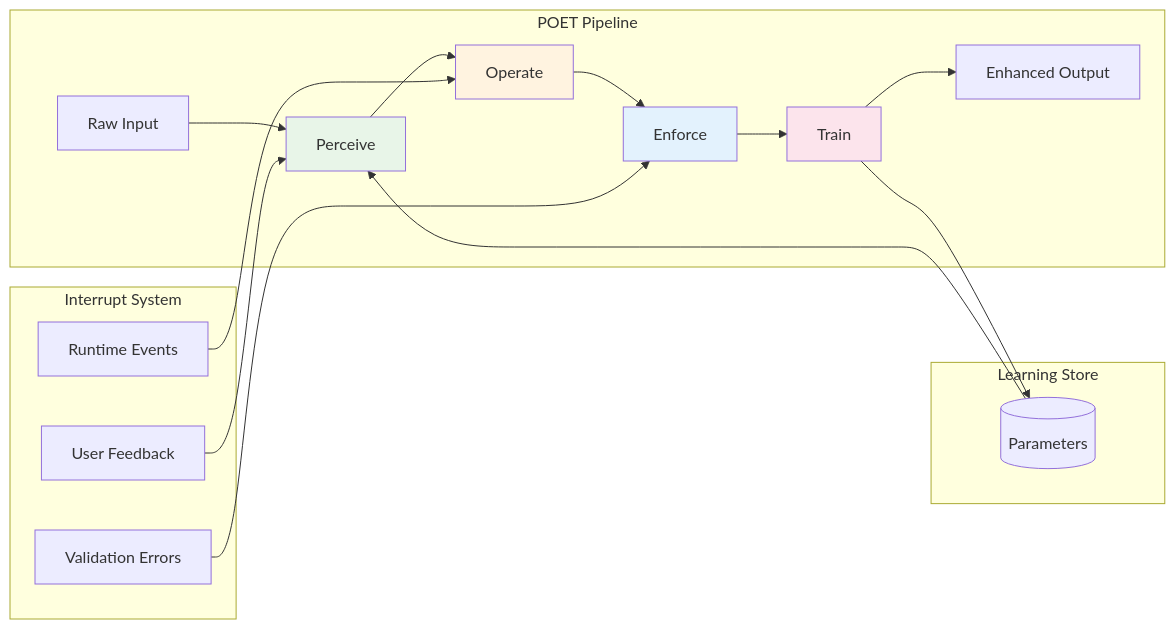
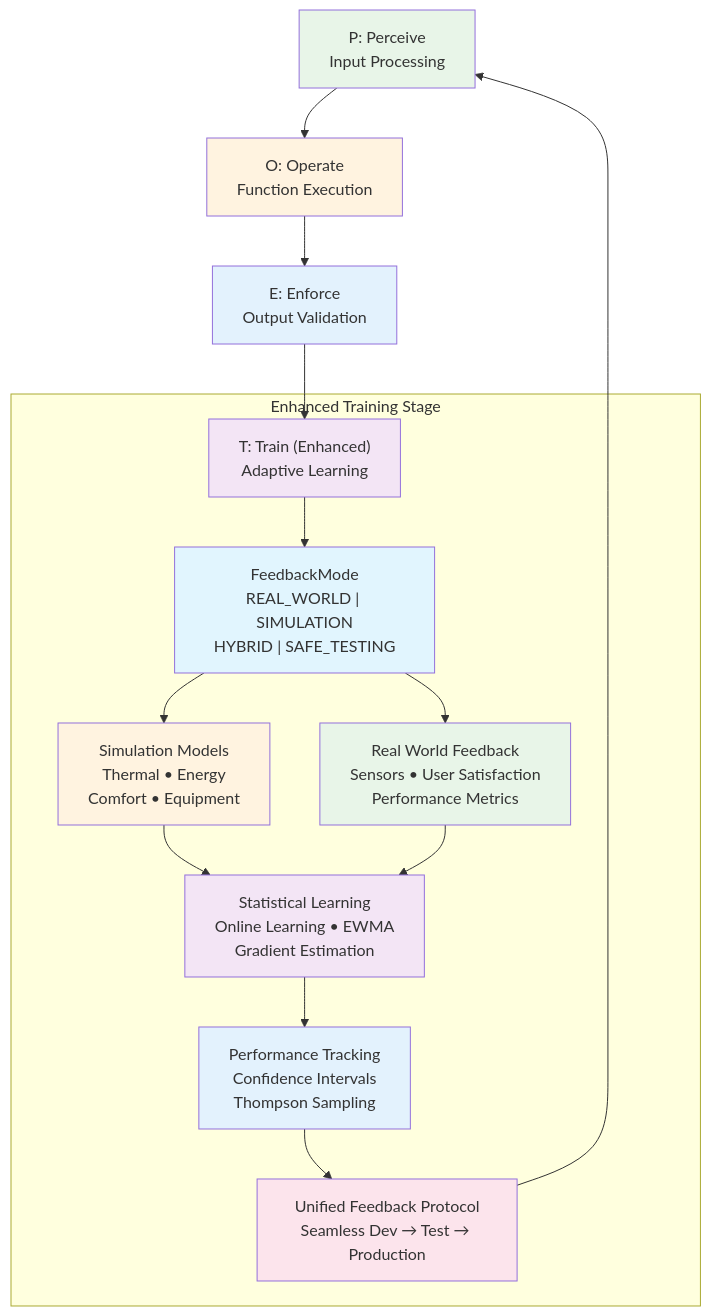
Before and after one commit to aitomatic/dana: the diagram in docs/.implementation/poet/00_poet_master_design.md, drawn with Mermaid. The commit also changed other lines of this file and 92 other files, not shown here.

````diff
--- a/docs/.implementation/poet/00_poet_master_design.md
+++ b/docs/.implementation/poet/00_poet_master_design.md
@@ -116,26 +130,29 @@
 ```mermaid
-graph LR
-    subgraph "POET Pipeline"
-        A[Raw Input] --> P[Perceive]
-        P --> O[Operate] 
-        O --> E[Enforce]
-        E --> T[Train]
-        T --> B[Enhanced Output]
+graph TD
+    A["P: Perceive<br/>Input Processing"] --> B["O: Operate<br/>Function Execution"]
+    B --> C["E: Enforce<br/>Output Validation"] 
+    C --> D["T: Train (Enhanced)<br/>Adaptive Learning"]
+    
+    subgraph "Enhanced Training Stage"
+        D --> E["FeedbackMode<br/>REAL_WORLD | SIMULATION<br/>HYBRID | SAFE_TESTING"]
+        E --> F["Simulation Models<br/>Thermal • Energy<br/>Comfort • Equipment"]
+        E --> G["Real World Feedback<br/>Sensors • User Satisfaction<br/>Performance Metrics"]
+        F --> H["Statistical Learning<br/>Online Learning • EWMA<br/>Gradient Estimation"]
+        G --> H
+        H --> I["Performance Tracking<br/>Confidence Intervals<br/>Thompson Sampling"]
+        I --> J["Unified Feedback Protocol<br/>Seamless Dev → Test → Production"]
     end
     
-    subgraph "Interrupt System"
-        I1[User Feedback] --> P
-        I2[Runtime Events] --> O
-        I3[Validation Errors] --> E
-    end
+    J --> A
     
-    subgraph "Learning Store"
-        T --> LS[(Parameters)]
-        LS --> P
-    end
-    
-    style P fill:#e8f5e8
-    style O fill:#fff3e0  
-    style E fill:#e3f2fd
-    style T fill:#fce4ec
+    style A fill:#e8f5e8
+    style B fill:#fff3e0  
+    style C fill:#e3f2fd
+    style D fill:#f3e5f5
+    style E fill:#e1f5fe
+    style F fill:#fff3e0
+    style G fill:#e8f5e8
+    style H fill:#f3e5f5
+    style I fill:#e3f2fd
+    style J fill:#fce4ec
 ```
````
